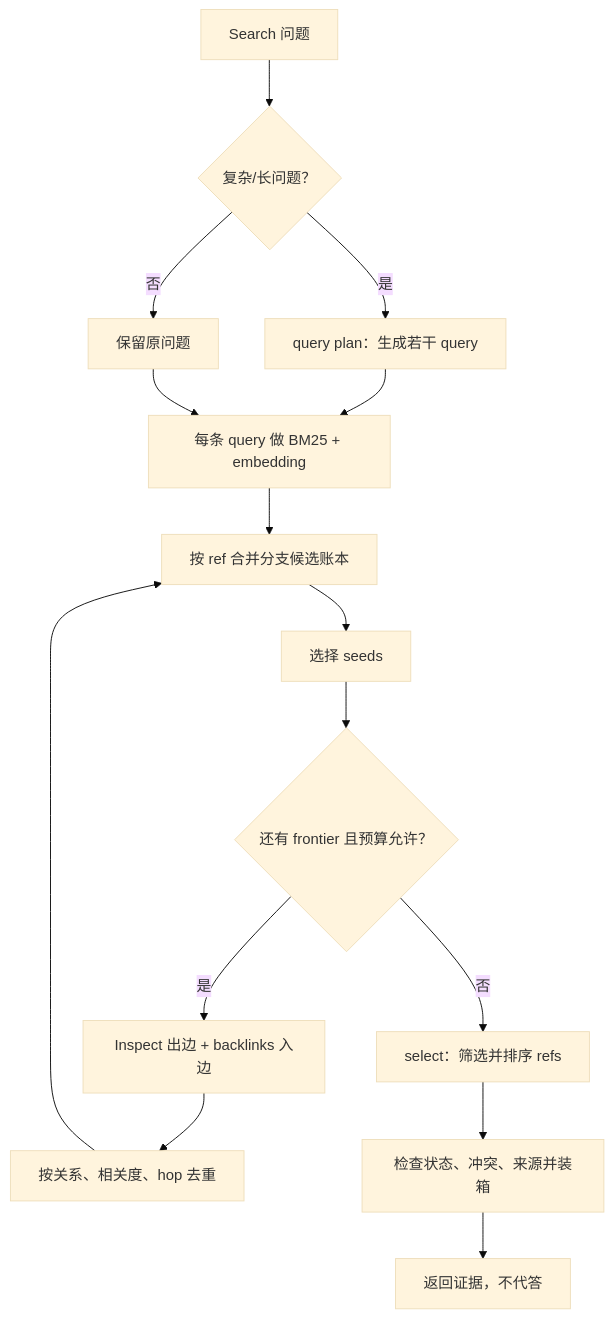
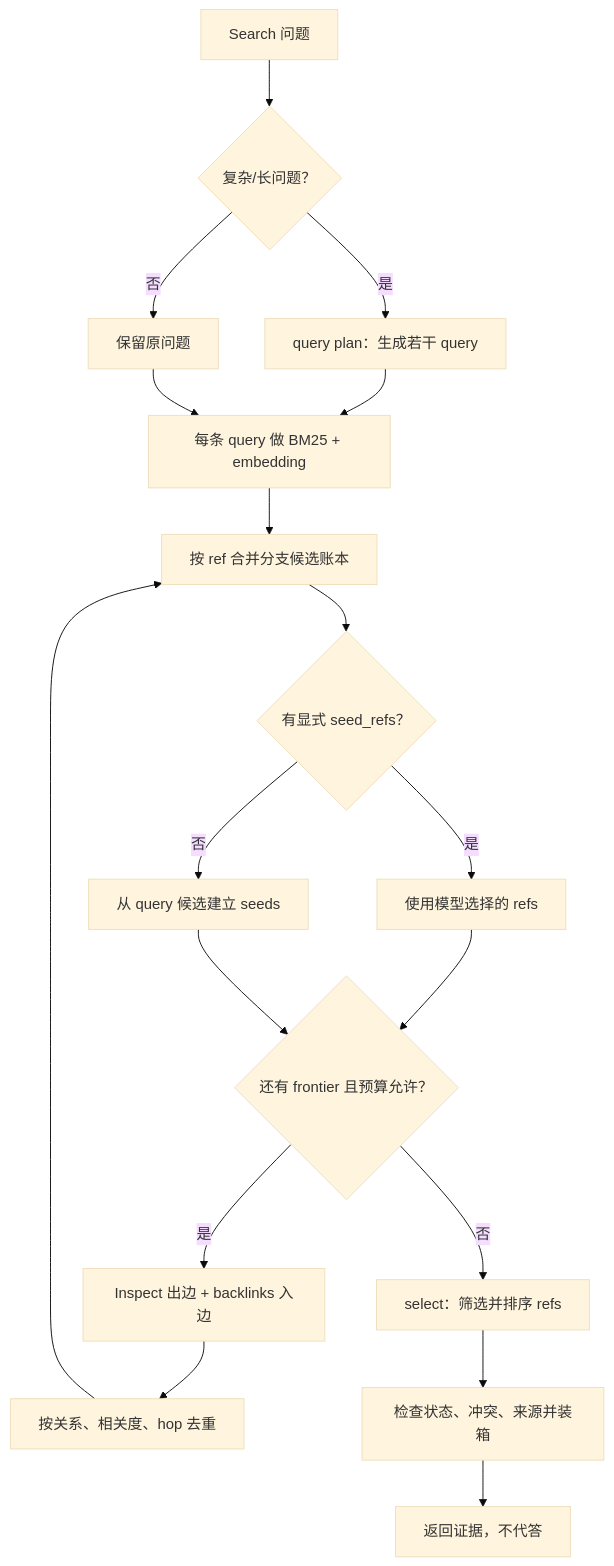
Before and after one commit to Graygoo7529/AM-Link: the second of 2 diagrams in DESIGN.md, drawn with Mermaid (base theme). The commit also changed other lines of this file and 2 other files, not shown here.

````diff
--- a/DESIGN.md
+++ b/DESIGN.md
@@ -57,17 +57,20 @@
 ```mermaid
 flowchart TD
   A[Search 问题] --> B{复杂/长问题？}
   B -->|是| C[query plan：生成若干 query]
   B -->|否| D[保留原问题]
   C --> E[每条 query 做 BM25 + embedding]
   D --> E
   E --> F[按 ref 合并分支候选账本]
-  F --> G[选择 seeds]
-  G --> H{还有 frontier 且预算允许？}
-  H -->|是| I[Inspect 出边 + backlinks 入边]
-  I --> J[按关系、相关度、hop 去重]
-  J --> F
-  H -->|否| K[select：筛选并排序 refs]
-  K --> L[检查状态、冲突、来源并装箱]
-  L --> M[返回证据，不代答]
+  F --> G{有显式 seed_refs？}
+  G -->|是| H[使用模型选择的 refs]
+  G -->|否| I[从 query 候选建立 seeds]
+  H --> J{还有 frontier 且预算允许？}
+  I --> J
+  J -->|是| K[Inspect 出边 + backlinks 入边]
+  K --> L[按关系、相关度、hop 去重]
+  L --> F
+  J -->|否| M[select：筛选并排序 refs]
+  M --> N[检查状态、冲突、来源并装箱]
+  N --> O[返回证据，不代答]
 ```
````
